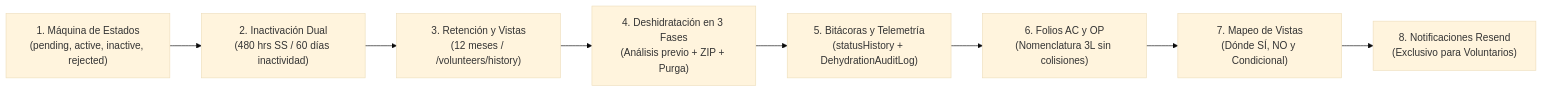
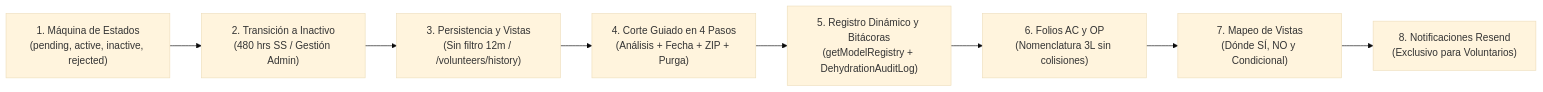
One commit to proyecto-web-abaq/documentation changed the first of 14 diagrams in docs/technical/ciclo-vida-voluntarios-deshidratacion-design.md. Above: the diagram before and after it, drawn with Mermaid (base theme). The commit also changed other lines of this file and 4 other files, not shown here.

Commit message:
docs(technical): document dynamic backup registry, 4-step cutoff flow, and immediate inactive eligibility without background cron

````diff
--- a/docs/technical/ciclo-vida-voluntarios-deshidratacion-design.md
+++ b/docs/technical/ciclo-vida-voluntarios-deshidratacion-design.md
@@ -22,10 +22,10 @@
 ```mermaid
 flowchart LR
-    M1["1. Máquina de Estados\n(pending, active, inactive, rejected)"] --> M2["2. Inactivación Dual\n(480 hrs SS / 60 días inactividad)"]
-    M2 --> M3["3. Retención y Vistas\n(12 meses / /volunteers/history)"]
-    M3 --> M4["4. Deshidratación en 3 Fases\n(Análisis previo + ZIP + Purga)"]
-    M4 --> M5["5. Bitácoras y Telemetría\n(statusHistory + DehydrationAuditLog)"]
+    M1["1. Máquina de Estados\n(pending, active, inactive, rejected)"] --> M2["2. Transición a Inactivo\n(480 hrs SS / Gestión Admin)"]
+    M2 --> M3["3. Persistencia y Vistas\n(Sin filtro 12m / /volunteers/history)"]
+    M3 --> M4["4. Corte Guiado en 4 Pasos\n(Análisis + Fecha + ZIP + Purga)"]
+    M4 --> M5["5. Registro Dinámico y Bitácoras\n(getModelRegistry + DehydrationAuditLog)"]
     M5 --> M6["6. Folios AC y OP\n(Nomenclatura 3L sin colisiones)"]
     M6 --> M7["7. Mapeo de Vistas\n(Dónde SÍ, NO y Condicional)"]
     M7 --> M8["8. Notificaciones Resend\n(Exclusivo para Voluntarios)"]
 ```
````
